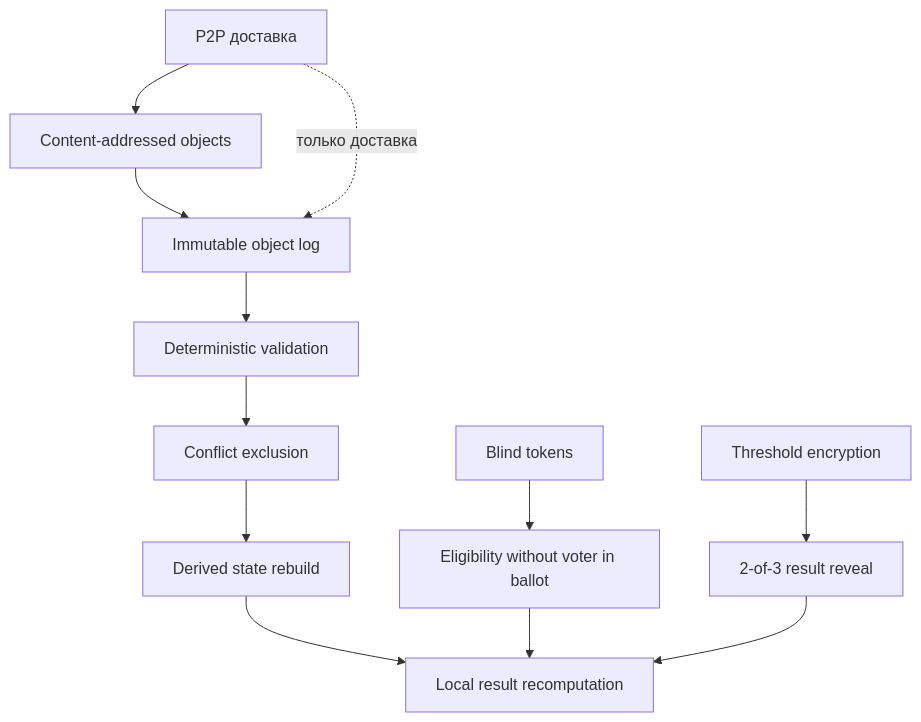
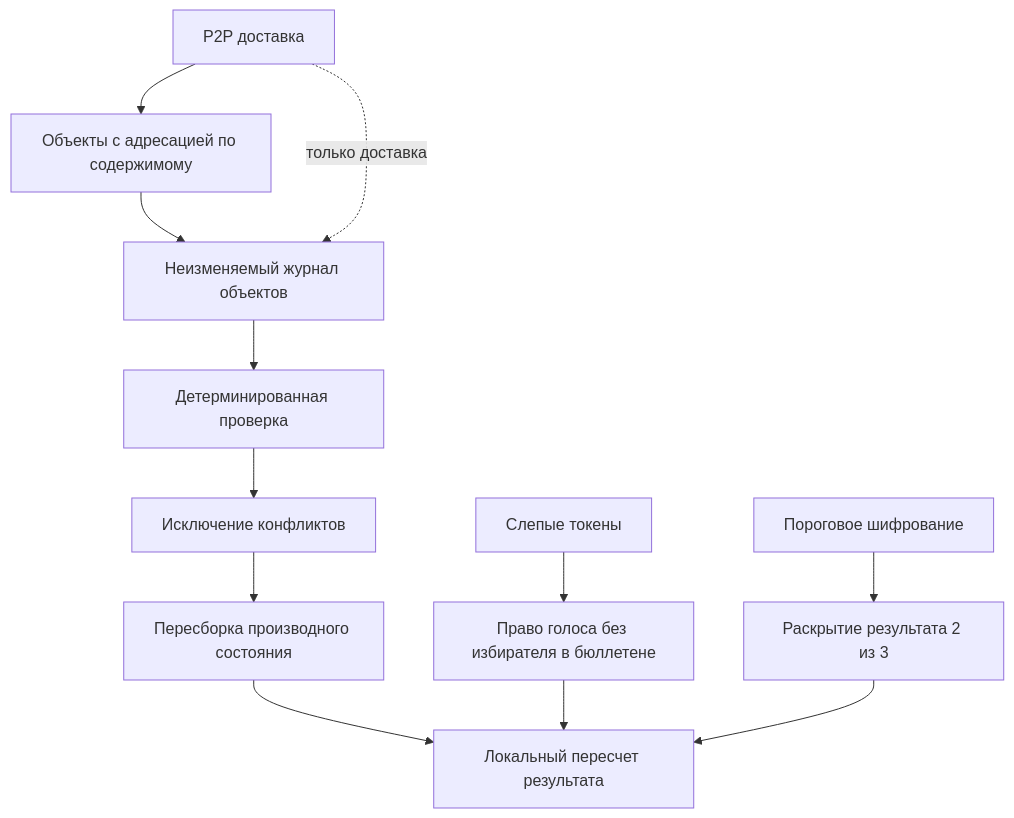
One commit to arshtanko/librevote changed diagram 17 of 17 in librevote-presentation-ru.md. Above: the diagram before and after it, drawn with Mermaid. The commit also changed other lines of this file, not shown here.

````diff
--- a/librevote-presentation-ru.md
+++ b/librevote-presentation-ru.md
@@ -478,16 +504,16 @@
 ```mermaid
 flowchart TB
-  A[Content-addressed objects] --> B[Immutable object log]
-  B --> C[Deterministic validation]
-  C --> D[Conflict exclusion]
-  D --> E[Derived state rebuild]
-  E --> F[Local result recomputation]
+  A[Объекты с адресацией по содержимому] --> B[Неизменяемый журнал объектов]
+  B --> C[Детерминированная проверка]
+  C --> D[Исключение конфликтов]
+  D --> E[Пересборка производного состояния]
+  E --> F[Локальный пересчет результата]
 
-  G[Blind tokens] --> H[Eligibility without voter in ballot]
-  I[Threshold encryption] --> J[2-of-3 result reveal]
+  G[Слепые токены] --> H[Право голоса без избирателя в бюллетене]
+  I[Пороговое шифрование] --> J[Раскрытие результата 2 из 3]
   H --> F
   J --> F
 
   K[P2P доставка] --> A
   K -. только доставка .-> B
 ```
````
